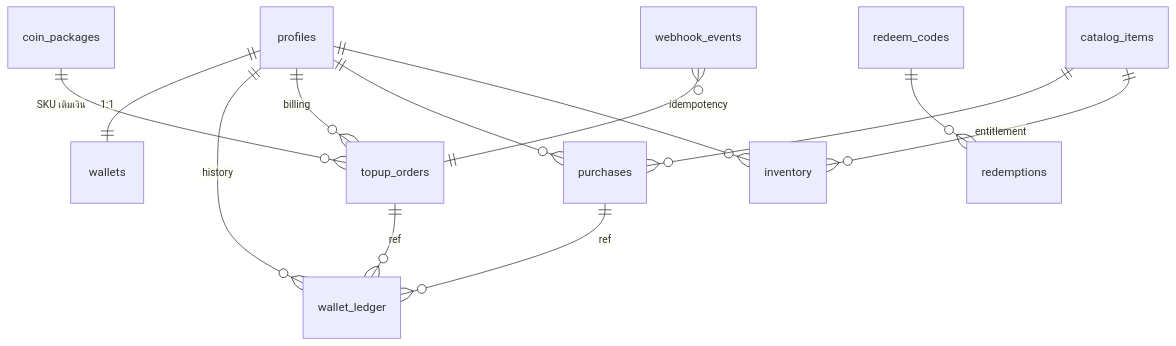
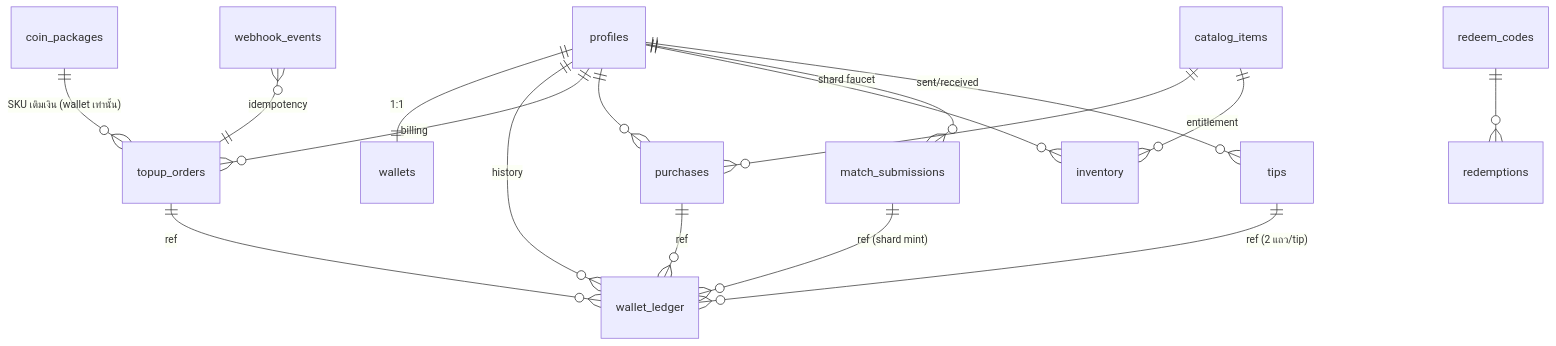
The first of 2 diagrams in docs/change request/CR-003-account-phase1-wallet-billing.md (Freshair129/G-Maiden), drawn with Mermaid before and after one commit. The commit also changed other lines of this file, not shown here.

First line of the commit message:
docs(CR-003): reconcile schema with ADR-16 two-currency model (v0.3.0)

````diff
--- a/docs/change request/CR-003-account-phase1-wallet-billing.md
+++ b/docs/change request/CR-003-account-phase1-wallet-billing.md
@@ -61,15 +89,19 @@
 ```mermaid
 erDiagram
     profiles ||--|| wallets : "1:1"
     profiles ||--o{ wallet_ledger : "history"
     profiles ||--o{ topup_orders : "billing"
     profiles ||--o{ purchases : ""
     profiles ||--o{ inventory : ""
-    coin_packages ||--o{ topup_orders : "SKU เติมเงิน"
+    profiles ||--o{ match_submissions : "shard faucet"
+    profiles ||--o{ tips : "sent/received"
+    coin_packages ||--o{ topup_orders : "SKU เติมเงิน (wallet เท่านั้น)"
     catalog_items ||--o{ purchases : ""
     catalog_items ||--o{ inventory : "entitlement"
     topup_orders ||--o{ wallet_ledger : "ref"
     purchases ||--o{ wallet_ledger : "ref"
+    match_submissions ||--o{ wallet_ledger : "ref (shard mint)"
+    tips ||--o{ wallet_ledger : "ref (2 แถว/tip)"
     redeem_codes ||--o{ redemptions : ""
     webhook_events }o--|| topup_orders : "idempotency"
 ```
````
